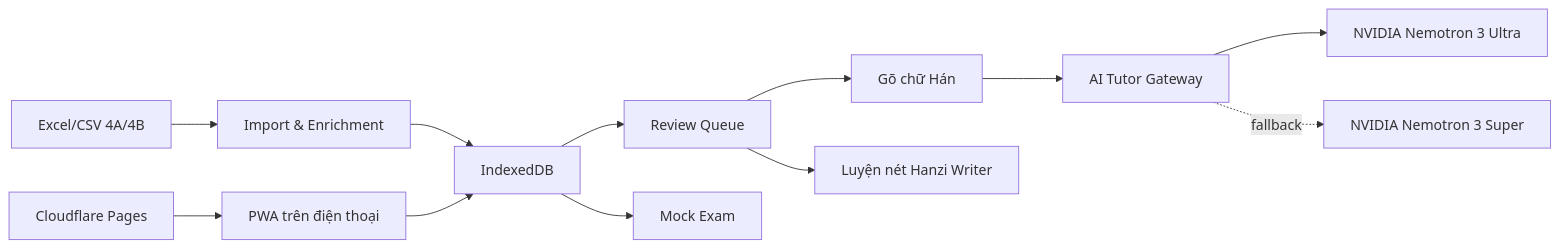
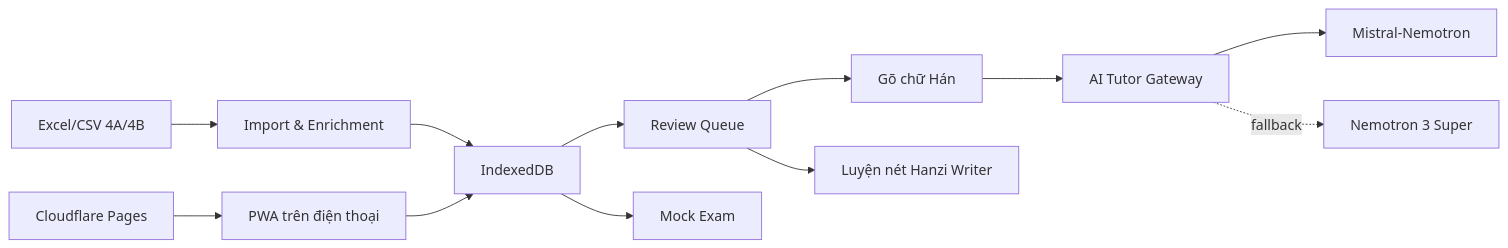
The diagram in README.md (meiiie/hong_hsk), drawn with Mermaid before and after one commit. The commit also changed other lines of this file and 8 other files, not shown here.

````diff
--- a/README.md
+++ b/README.md
@@ -66,14 +66,14 @@
 ```mermaid
 flowchart LR
   A["Excel/CSV 4A/4B"] --> B["Import & Enrichment"]
   B --> C["IndexedDB"]
   C --> D["Review Queue"]
   D --> E["Gõ chữ Hán"]
   D --> F["Luyện nét Hanzi Writer"]
   E --> J["AI Tutor Gateway"]
-  J --> K["NVIDIA Nemotron 3 Ultra"]
-  J -.fallback.-> L["NVIDIA Nemotron 3 Super"]
+  J --> K["Mistral-Nemotron"]
+  J -.fallback.-> L["Nemotron 3 Super"]
   C --> G["Mock Exam"]
   H["Cloudflare Pages"] --> I["PWA trên điện thoại"]
   I --> C
 ```
````
